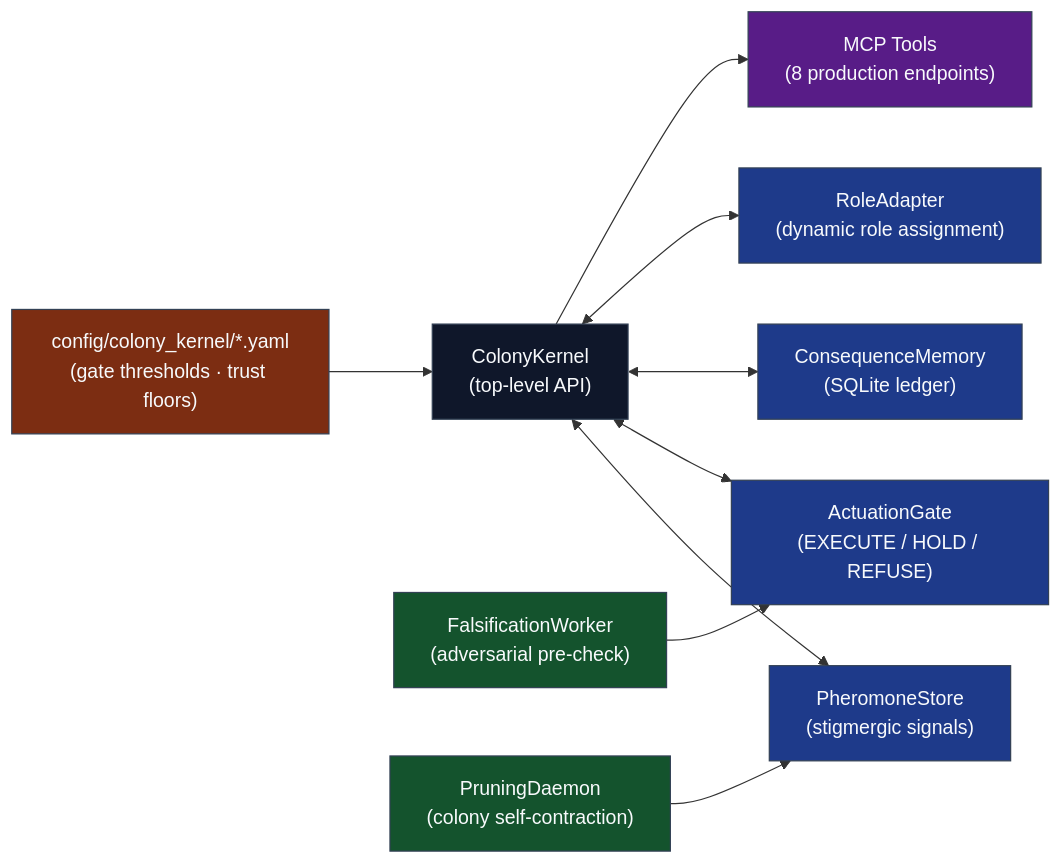
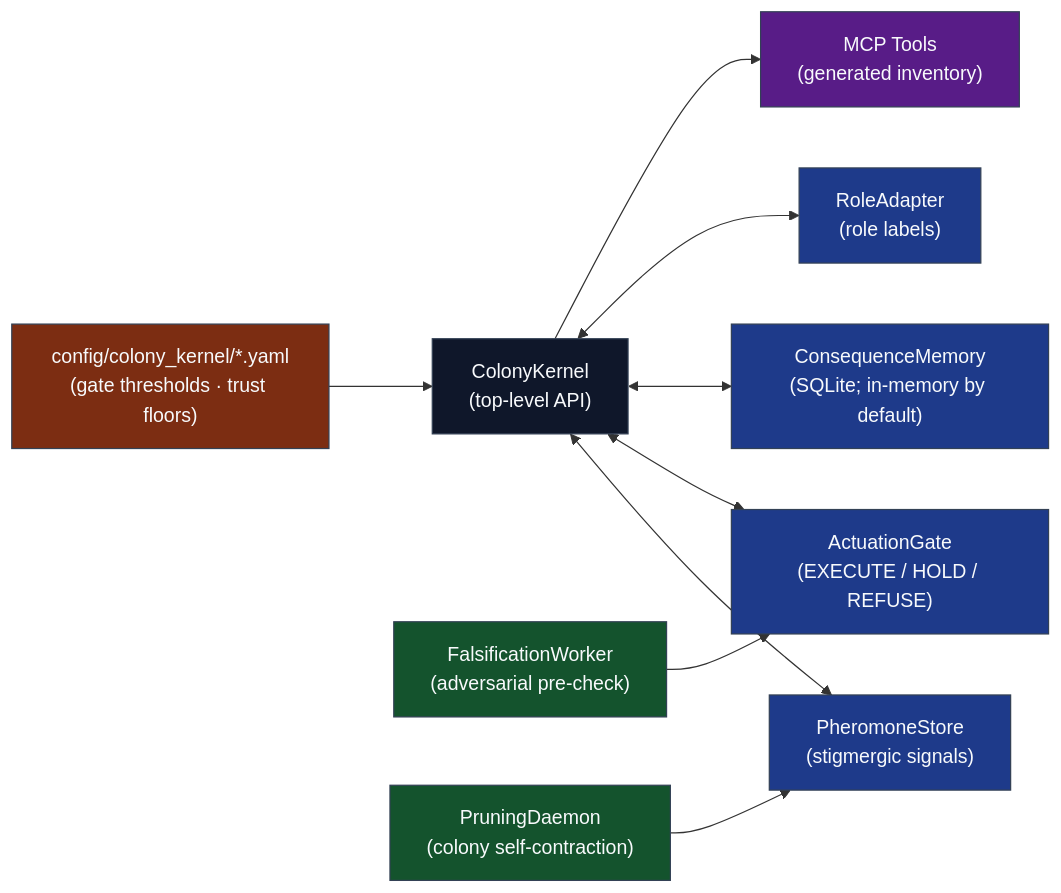
One commit to docxology/codomyrmex changed the diagram in docs/manuscript/README.md. Above: the diagram before and after it, drawn with Mermaid. The commit also changed other lines of this file and 334 other files, not shown here.

````diff
--- a/docs/manuscript/README.md
+++ b/docs/manuscript/README.md
@@ -36,27 +40,27 @@
 ```mermaid
 graph LR
     classDef kernel fill:#0f172a,stroke:#334155,color:#f8fafc;
     classDef subsystem fill:#1e3a8a,stroke:#334155,color:#f8fafc;
     classDef worker fill:#14532d,stroke:#334155,color:#f8fafc;
     classDef config fill:#7c2d12,stroke:#334155,color:#f8fafc;
     classDef mcp fill:#581c87,stroke:#334155,color:#f8fafc;
 
     CK["ColonyKernel\n(top-level API)"]:::kernel
     PS["PheromoneStore\n(stigmergic signals)"]:::subsystem
     AG["ActuationGate\n(EXECUTE / HOLD / REFUSE)"]:::subsystem
-    CM["ConsequenceMemory\n(SQLite ledger)"]:::subsystem
-    RA["RoleAdapter\n(dynamic role assignment)"]:::subsystem
+    CM["ConsequenceMemory\n(SQLite; in-memory by default)"]:::subsystem
+    RA["RoleAdapter\n(role labels)"]:::subsystem
     FW["FalsificationWorker\n(adversarial pre-check)"]:::worker
     PD["PruningDaemon\n(colony self-contraction)"]:::worker
-    MCP["MCP Tools\n(8 production endpoints)"]:::mcp
+    MCP["MCP Tools\n(generated inventory)"]:::mcp
     CFG["config/colony_kernel/*.yaml\n(gate thresholds · trust floors)"]:::config
 
     CK <--> PS
     CK <--> AG
     CK <--> CM
     CK <--> RA
     FW --> AG
     PD --> PS
     CK --> MCP
     CFG --> CK
 ```
````
